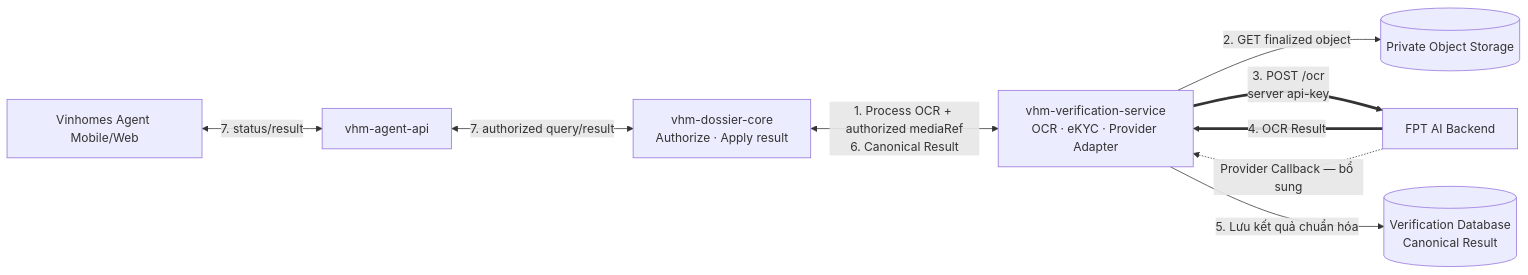
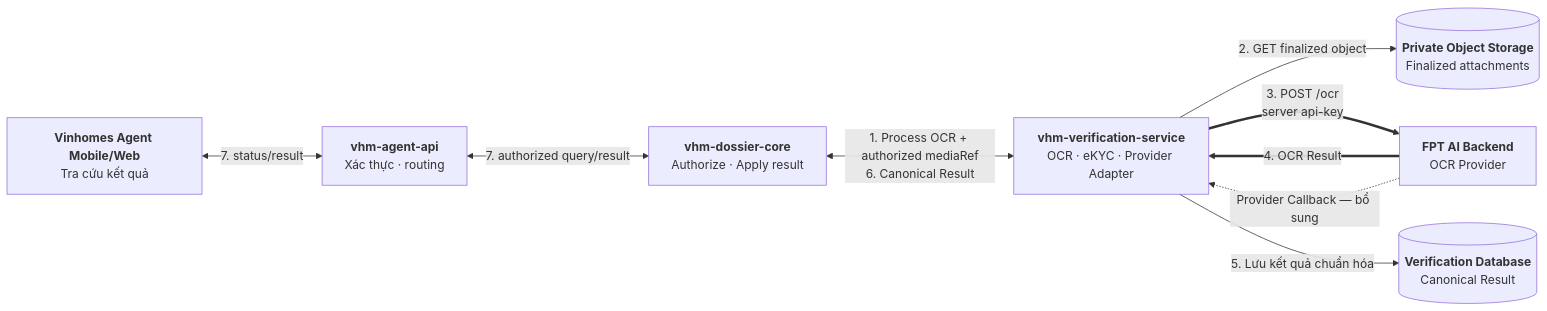
Before and after one commit to huynv-xyz/vhm: the second of 10 diagrams in noxh.md, drawn with Mermaid. The commit also changed other lines of this file, not shown here.

````diff
--- a/noxh.md
+++ b/noxh.md
@@ -156,19 +156,19 @@
 ```mermaid
 flowchart LR
-    AGENT["Vinhomes Agent Mobile/Web"]
-    BFF["vhm-agent-api"]
-    NOXH["vhm-dossier-core<br/>Authorize · Apply result"]
-    VERIFY["vhm-verification-service<br/>OCR · eKYC · Provider Adapter"]
-    MEDIA[("Private Object Storage")]
-    PROVIDER["FPT AI Backend"]
-    DB[("Verification Database<br/>Canonical Result")]
+    AGENT["<b>Vinhomes Agent Mobile/Web</b><br/>Tra cứu kết quả"]
+    BFF["<b>vhm-agent-api</b><br/>Xác thực · routing"]
+    NOXH["<b>vhm-dossier-core</b><br/>Authorize · Apply result"]
+    VERIFY["<b>vhm-verification-service</b><br/>OCR · eKYC · Provider Adapter"]
+    MEDIA[("<b>Private Object Storage</b><br/>Finalized attachments")]
+    PROVIDER["<b>FPT AI Backend</b><br/>OCR Provider"]
+    DB[("<b>Verification Database</b><br/>Canonical Result")]
 
     AGENT <-->|"7. status/result"| BFF
     BFF <-->|"7. authorized query/result"| NOXH
     NOXH <-->|"1. Process OCR + authorized mediaRef<br/>6. Canonical Result"| VERIFY
     VERIFY -->|"2. GET finalized object"| MEDIA
     VERIFY ==>|"3. POST /ocr<br/>server api-key"| PROVIDER
     PROVIDER ==>|"4. OCR Result"| VERIFY
     PROVIDER -.->|"Provider Callback — bổ sung"| VERIFY
     VERIFY -->|"5. Lưu kết quả chuẩn hóa"| DB
 ```
````
